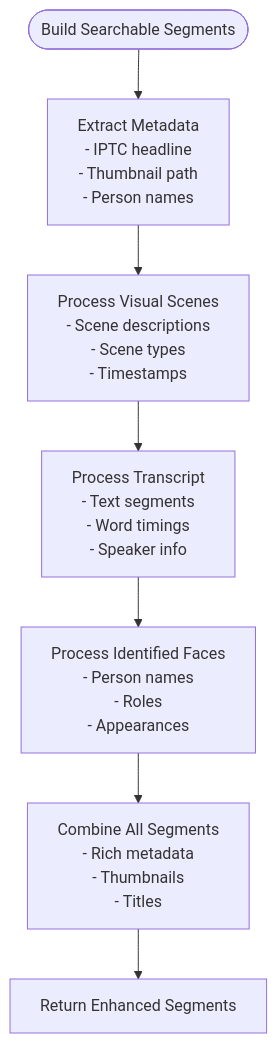
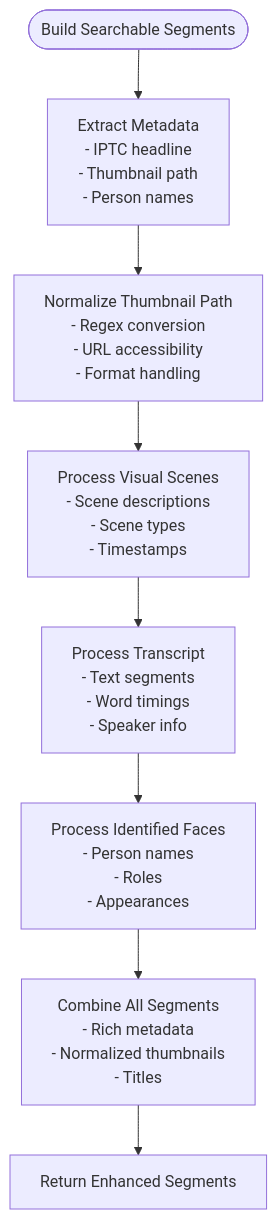
Before and after one commit to alexandreybasta-cyber/dubai-media-ai: the fifth of 7 diagrams in .qoder/repowiki/en/content/Media Processing Pipeline/Pipeline Overview and Architecture.md, drawn with Mermaid. The commit also changed other lines of this file and 23 other files, not shown here.

````diff
--- a/.qoder/repowiki/en/content/Media Processing Pipeline/Pipeline Overview and Architecture.md
+++ b/.qoder/repowiki/en/content/Media Processing Pipeline/Pipeline Overview and Architecture.md
@@ -387,9 +406,10 @@
 ```mermaid
 flowchart TD
 Start(["Build Searchable Segments"]) --> ExtractMeta["Extract Metadata<br/>- IPTC headline<br/>- Thumbnail path<br/>- Person names"]
-ExtractMeta --> ProcessScenes["Process Visual Scenes<br/>- Scene descriptions<br/>- Scene types<br/>- Timestamps"]
+ExtractMeta --> NormalizeThumb["Normalize Thumbnail Path<br/>- Regex conversion<br/>- URL accessibility<br/>- Format handling"]
+NormalizeThumb --> ProcessScenes["Process Visual Scenes<br/>- Scene descriptions<br/>- Scene types<br/>- Timestamps"]
 ProcessScenes --> ProcessTranscript["Process Transcript<br/>- Text segments<br/>- Word timings<br/>- Speaker info"]
 ProcessTranscript --> ProcessFaces["Process Identified Faces<br/>- Person names<br/>- Roles<br/>- Appearances"]
-ProcessFaces --> CombineSegments["Combine All Segments<br/>- Rich metadata<br/>- Thumbnails<br/>- Titles"]
+ProcessFaces --> CombineSegments["Combine All Segments<br/>- Rich metadata<br/>- Normalized thumbnails<br/>- Titles"]
 CombineSegments --> ReturnSegments["Return Enhanced Segments"]
 ```
````
